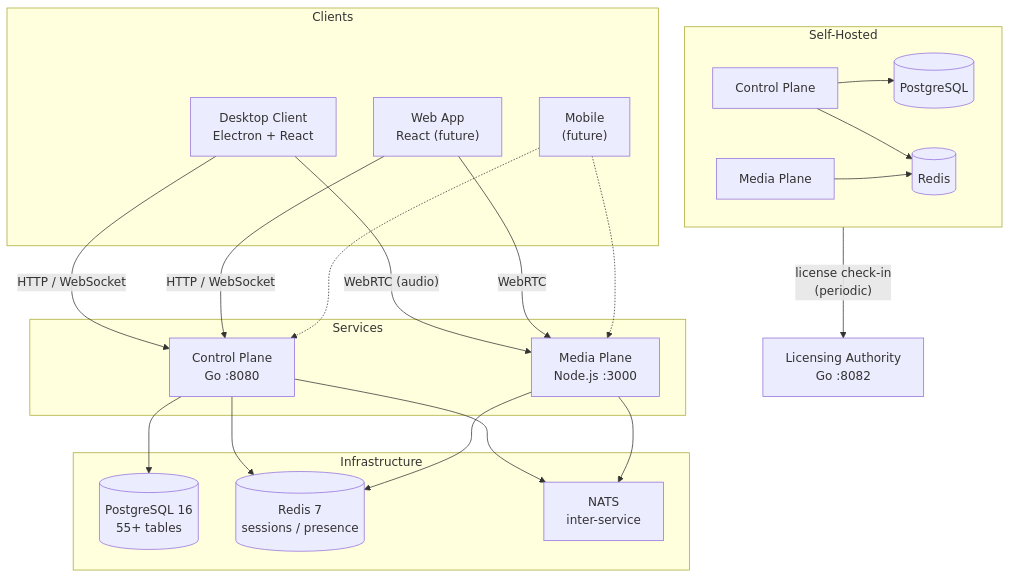
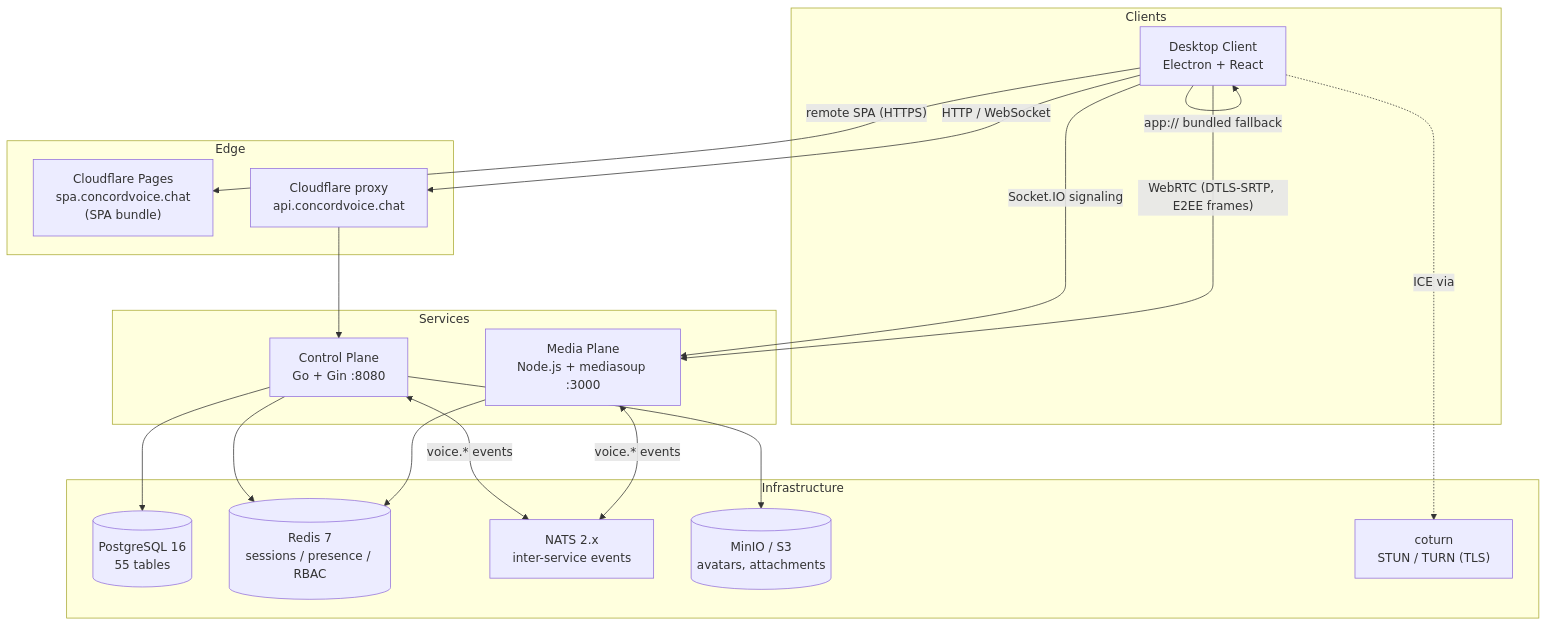
One commit to Concord-Voice/Self-Hosted changed the first of 10 diagrams in docs/architecture.md. Above: the diagram before and after it, drawn with Mermaid. The commit also changed other lines of this file, not shown here.

First line of the commit message:
docs: full rewrite of architecture.md with current codebase state (#1395)

````diff
--- a/docs/architecture.md
+++ b/docs/architecture.md
@@ -96,44 +100,38 @@
 ```mermaid
 flowchart TB
     subgraph Clients
         Desktop["Desktop Client<br/>Electron + React"]
-        Web["Web App<br/>React (future)"]
-        Mobile["Mobile<br/>(future)"]
+    end
+
+    subgraph Edge
+        CFP["Cloudflare Pages<br/>spa.concordvoice.chat<br/>(SPA bundle)"]
+        CF["Cloudflare proxy<br/>api.concordvoice.chat"]
     end
 
     subgraph Services
-        CP["Control Plane<br/>Go :8080"]
-        MP["Media Plane<br/>Node.js :3000"]
+        CP["Control Plane<br/>Go + Gin :8080"]
+        MP["Media Plane<br/>Node.js + mediasoup :3000"]
     end
 
     subgraph Infrastructure
-        PG[("PostgreSQL 16<br/>55+ tables")]
-        RD[("Redis 7<br/>sessions / presence")]
-        NATS["NATS<br/>inter-service"]
+        PG[("PostgreSQL 16<br/>55 tables")]
+        RD[("Redis 7<br/>sessions / presence / RBAC")]
+        NATS["NATS 2.x<br/>inter-service events"]
+        OBJ[("MinIO / S3<br/>avatars, attachments")]
+        TURN["coturn<br/>STUN / TURN (TLS)"]
     end
 
-    Desktop -- "HTTP / WebSocket" --> CP
-    Desktop -- "WebRTC (audio)" --> MP
-    Web -- "HTTP / WebSocket" --> CP
-    Web -- "WebRTC" --> MP
-    Mobile -.-> CP
-    Mobile -.-> MP
+    Desktop -- "remote SPA (HTTPS)" --> CFP
+    Desktop -- "app:// bundled fallback" --> Desktop
+    Desktop -- "HTTP / WebSocket" --> CF --> CP
+    Desktop -- "Socket.IO signaling" --> MP
+    Desktop -- "WebRTC (DTLS-SRTP, E2EE frames)" --> MP
+    Desktop -. "ICE via" .-> TURN
 
     CP --> PG
     CP --> RD
-    CP --> NATS
+    CP --> OBJ
+    CP <-- "voice.* events" --> NATS
+    MP <-- "voice.* events" --> NATS
     MP --> RD
-    MP --> NATS
-
-    subgraph Self-Hosted
-        SH_CP["Control Plane"]
-        SH_MP["Media Plane"]
-        SH_PG[("PostgreSQL")]
-        SH_RD[("Redis")]
-        SH_CP --> SH_PG
-        SH_CP --> SH_RD
-        SH_MP --> SH_RD
-    end
-
-    Self-Hosted -- "license check-in<br/>(periodic)" --> LA["Licensing Authority<br/>Go :8082"]
 ```
````
